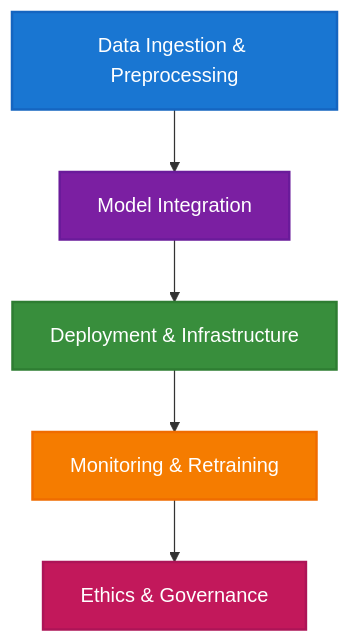
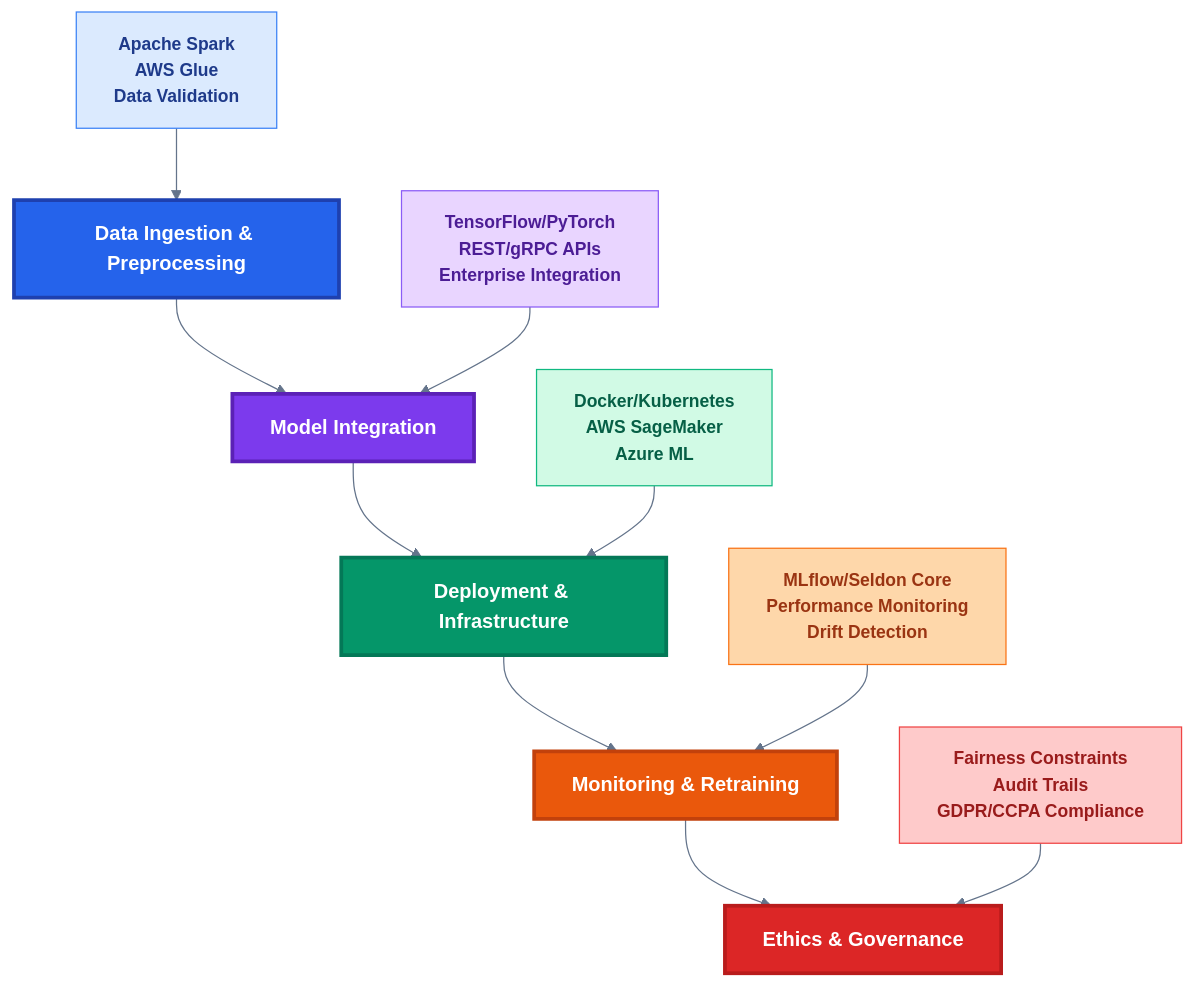
The first of 4 diagrams in guides/roles/ai-engineer.md (khaosans/articles), drawn with Mermaid before and after one commit. The commit also changed other lines of this file and 91 other files, not shown here.

````diff
--- a/guides/roles/ai-engineer.md
+++ b/guides/roles/ai-engineer.md
@@ -33,12 +33,26 @@
 ```mermaid
+%%{init: {'theme': 'base', 'themeVariables': { 'fontSize': '14px', 'fontFamily': 'Segoe UI, Arial, sans-serif', 'primaryColor': '#2563eb', 'primaryTextColor': '#ffffff', 'primaryBorderColor': '#1e40af', 'lineColor': '#64748b', 'secondaryColor': '#7c3aed', 'tertiaryColor': '#059669'}}}%%
 flowchart TD
-    A[Data Ingestion & Preprocessing] --> B[Model Integration]
-    B --> C[Deployment & Infrastructure]
-    C --> D[Monitoring & Retraining]
-    D --> E[Ethics & Governance]
-    style A fill:#1976d2,stroke:#1565c0,stroke-width:2px,color:#ffffff
-    style B fill:#7b1fa2,stroke:#6a1b9a,stroke-width:2px,color:#ffffff
-    style C fill:#388e3c,stroke:#2e7d32,stroke-width:2px,color:#ffffff
-    style D fill:#f57c00,stroke:#ef6c00,stroke-width:2px,color:#ffffff
-    style E fill:#c2185b,stroke:#ad1457,stroke-width:2px,color:#ffffff
+    A["Data Ingestion & Preprocessing"] --> B["Model Integration"]
+    B --> C["Deployment & Infrastructure"]
+    C --> D["Monitoring & Retraining"]
+    D --> E["Ethics & Governance"]
+    
+    A1["Apache Spark<br/>AWS Glue<br/>Data Validation"] --> A
+    B1["TensorFlow/PyTorch<br/>REST/gRPC APIs<br/>Enterprise Integration"] --> B
+    C1["Docker/Kubernetes<br/>AWS SageMaker<br/>Azure ML"] --> C
+    D1["MLflow/Seldon Core<br/>Performance Monitoring<br/>Drift Detection"] --> D
+    E1["Fairness Constraints<br/>Audit Trails<br/>GDPR/CCPA Compliance"] --> E
+    
+    style A fill:#2563eb,stroke:#1e40af,stroke-width:3px,color:#ffffff,font-weight:bold,font-size:16px
+    style B fill:#7c3aed,stroke:#5b21b6,stroke-width:3px,color:#ffffff,font-weight:bold,font-size:16px
+    style C fill:#059669,stroke:#047857,stroke-width:3px,color:#ffffff,font-weight:bold,font-size:16px
+    style D fill:#ea580c,stroke:#c2410c,stroke-width:3px,color:#ffffff,font-weight:bold,font-size:16px
+    style E fill:#dc2626,stroke:#b91c1c,stroke-width:3px,color:#ffffff,font-weight:bold,font-size:16px
+    
+    style A1 fill:#dbeafe,stroke:#3b82f6,stroke-width:1px,color:#1e3a8a,font-weight:bold
+    style B1 fill:#e9d5ff,stroke:#8b5cf6,stroke-width:1px,color:#4c1d95,font-weight:bold
+    style C1 fill:#d1fae5,stroke:#10b981,stroke-width:1px,color:#065f46,font-weight:bold
+    style D1 fill:#fed7aa,stroke:#f97316,stroke-width:1px,color:#9a3412,font-weight:bold
+    style E1 fill:#fecaca,stroke:#ef4444,stroke-width:1px,color:#991b1b,font-weight:bold
 ```
````
